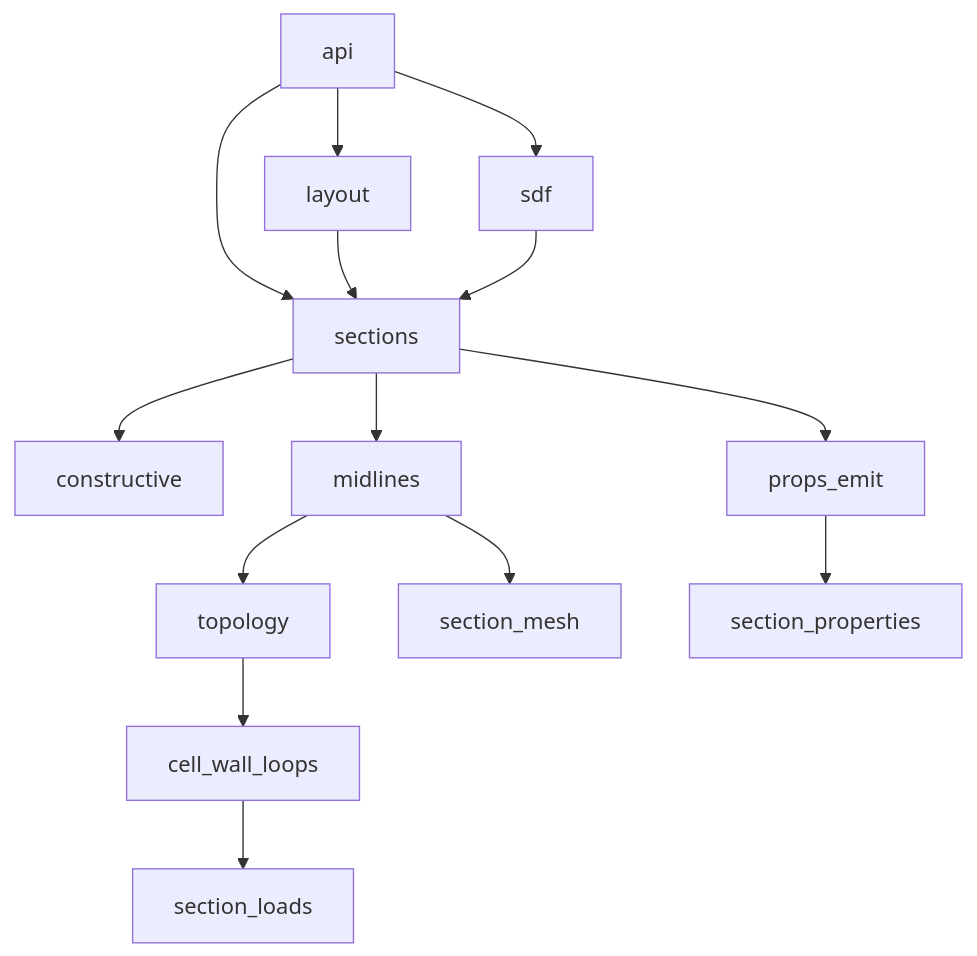
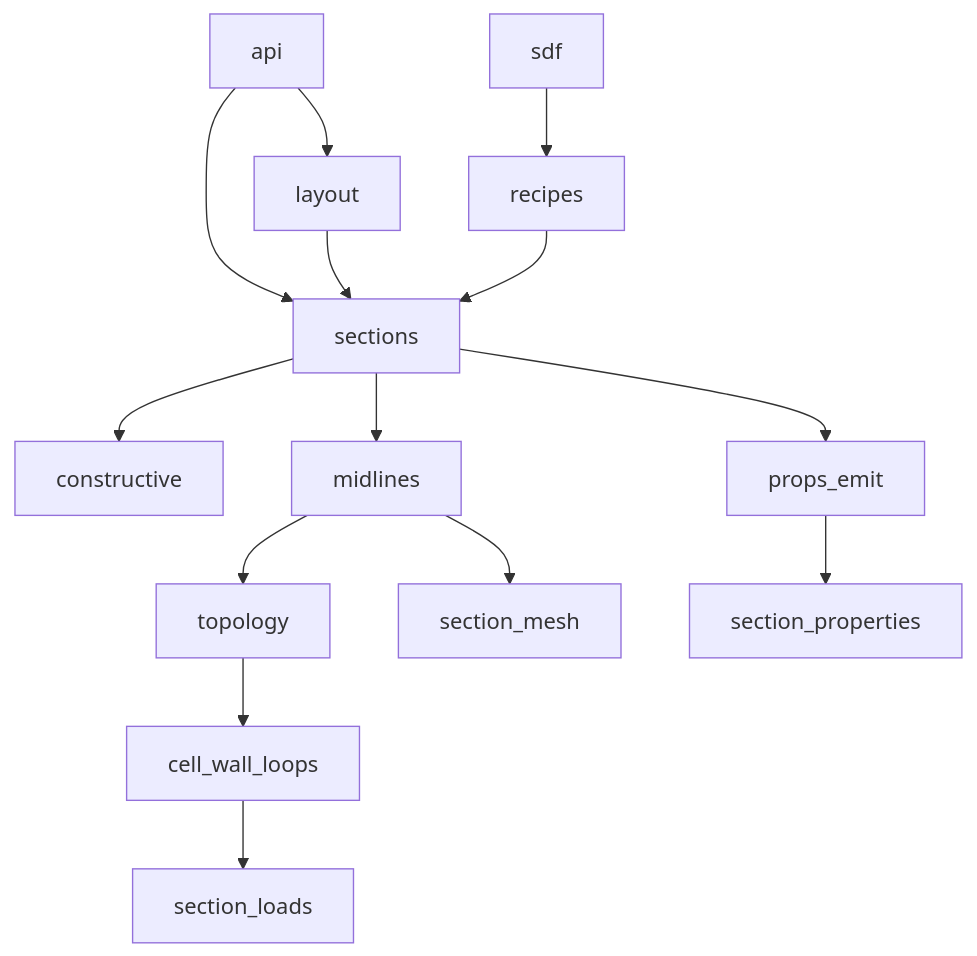
Before and after one commit to samhughes-fea/composite-laminate-fea: the second of 3 diagrams in src/blade_geometry_model/section_geometry/README.md, drawn with Mermaid. The commit also changed other lines of this file and 171 other files, not shown here.

````diff
--- a/src/blade_geometry_model/section_geometry/README.md
+++ b/src/blade_geometry_model/section_geometry/README.md
@@ -186,16 +189,16 @@
 ```mermaid
 flowchart TB
   Api[api] --> Layout[layout]
-  Api --> Sdf[sdf]
   Api --> Sections[sections]
   Layout --> Sections
-  Sdf --> Sections
+  Recipes[recipes] --> Sections
+  Sdf[sdf] --> Recipes
   Sections --> Constructive[constructive]
   Sections --> Mid[midlines]
   Mid --> Topo[topology]
   Topo --> CellWall[cell_wall_loops]
   Sections --> PropsEmit[props_emit]
   Mid --> Mesh[section_mesh]
   CellWall --> Loads[section_loads]
   PropsEmit --> SecProps[section_properties]
 ```
````
